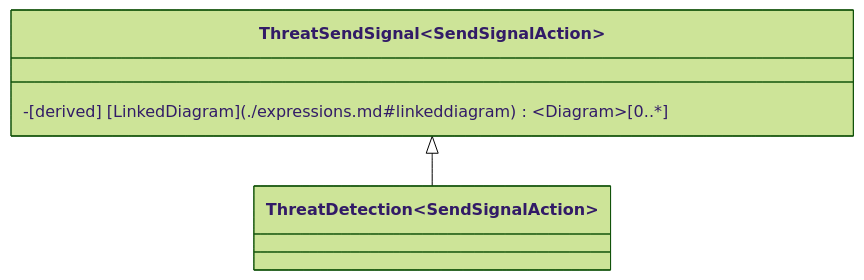
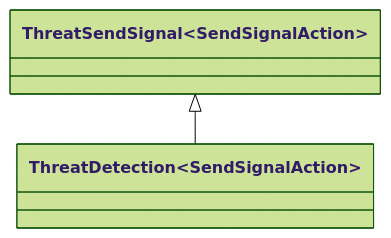
One commit to stuartfowler/CEMT changed diagram 19 of 47 in Documentation/stereotypes.md. Above: the diagram before and after it, drawn with Mermaid (forest theme). The commit also changed other lines of this file and 24 other files, not shown here.

````diff
--- a/Documentation/stereotypes.md
+++ b/Documentation/stereotypes.md
@@ -262,7 +274,5 @@
 ```mermaid
     classDiagram
-        class ThreatSendSignal~SendSignalAction~ {      
-            -[derived] [LinkedDiagram](./expressions.md#linkeddiagram)~Diagram~[0..*]
-        }
+        class ThreatSendSignal~SendSignalAction~
         ThreatSendSignal~SendSignalAction~ <|-- ThreatDetection~SendSignalAction~
 ```
````
